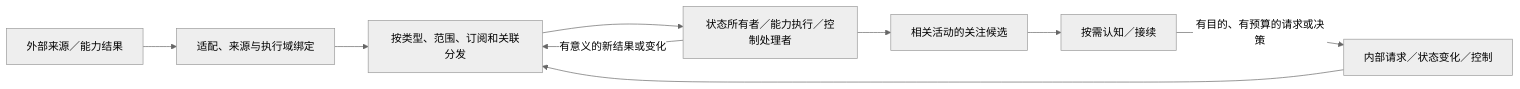
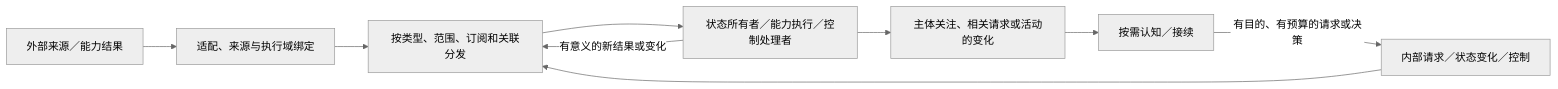
The second of 2 diagrams in docs/runtime-protocol.md (d7z-project/TinyAGI), drawn with Mermaid (neutral theme) before and after one commit. The commit also changed other lines of this file and 30 other files, not shown here.

````diff
--- a/docs/runtime-protocol.md
+++ b/docs/runtime-protocol.md
@@ -418,11 +494,11 @@
 ```mermaid
 flowchart LR
     External["外部来源／能力结果"] --> Ingress["适配、来源与执行域绑定"]
     Internal["内部请求／状态变化／控制"] --> Route["按类型、范围、订阅和关联分发"]
     Ingress --> Route
     Route --> Owner["状态所有者／能力执行／控制处理者"]
     Owner -->|"有意义的新结果或变化"| Route
-    Owner --> Ready["相关活动的关注候选"]
+    Owner --> Ready["主体关注、相关请求或活动的变化"]
     Ready --> Mind["按需认知／接续"]
     Mind -->|"有目的、有预算的请求或决策"| Internal
 ```
````
